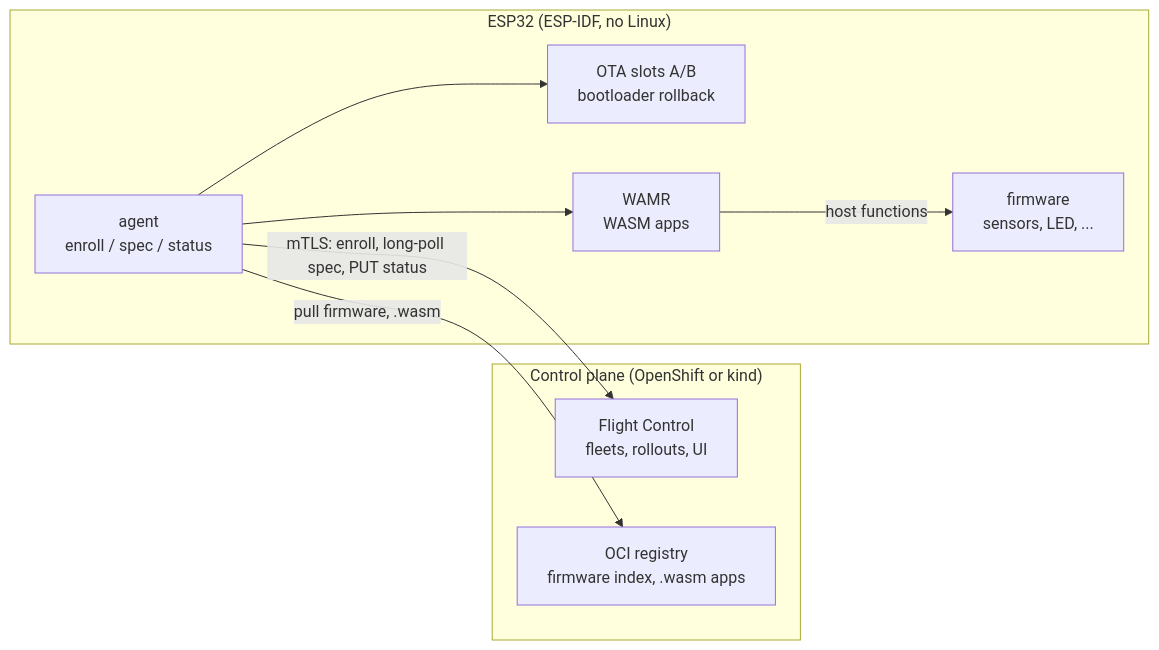
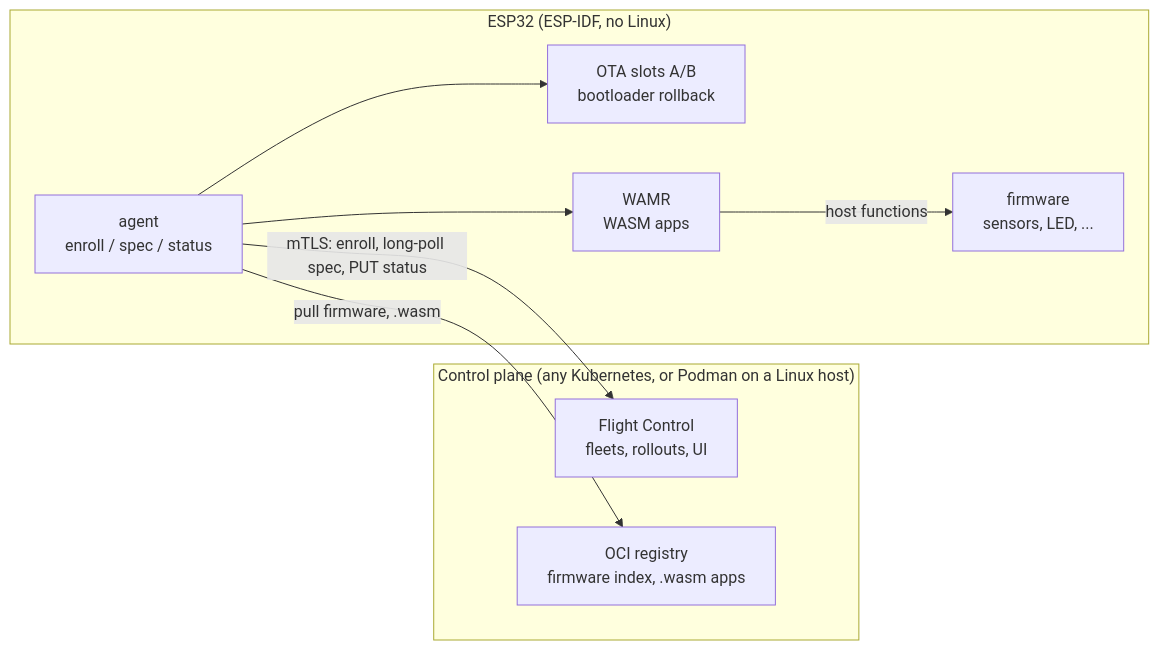
Before and after one commit to francescopace/flightctl-mcu: the first of 3 diagrams in README.md, drawn with Mermaid. The commit also changed other lines of this file, not shown here.

First line of the commit message:
README: Flight Control is not tied to OpenShift

````diff
--- a/README.md
+++ b/README.md
@@ -36,18 +38,18 @@
 ```mermaid
 flowchart LR
-  subgraph cp["Control plane (OpenShift or kind)"]
+  subgraph cp["Control plane (any Kubernetes, or Podman on a Linux host)"]
     FC["Flight Control<br/>fleets, rollouts, UI"]
     REG["OCI registry<br/>firmware index, .wasm apps"]
   end
   subgraph dev["ESP32 (ESP-IDF, no Linux)"]
     AG["agent<br/>enroll / spec / status"]
     OTA["OTA slots A/B<br/>bootloader rollback"]
     WAMR["WAMR<br/>WASM apps"]
     FW["firmware<br/>sensors, LED, ..."]
   end
   AG -- "mTLS: enroll, long-poll spec, PUT status" --> FC
   AG -- "pull firmware, .wasm" --> REG
   AG --> OTA
   AG --> WAMR
   WAMR -- "host functions" --> FW
 ```
````
